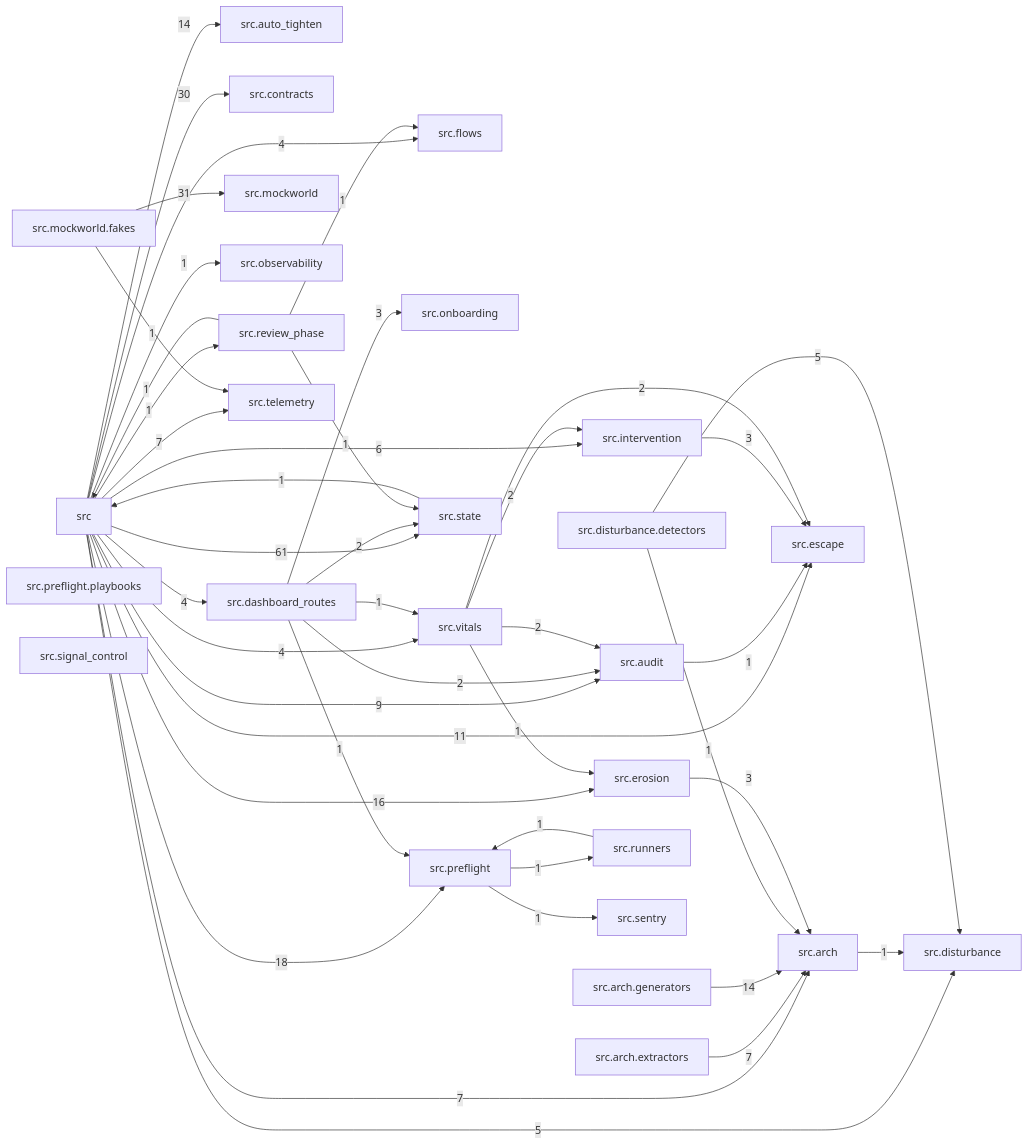
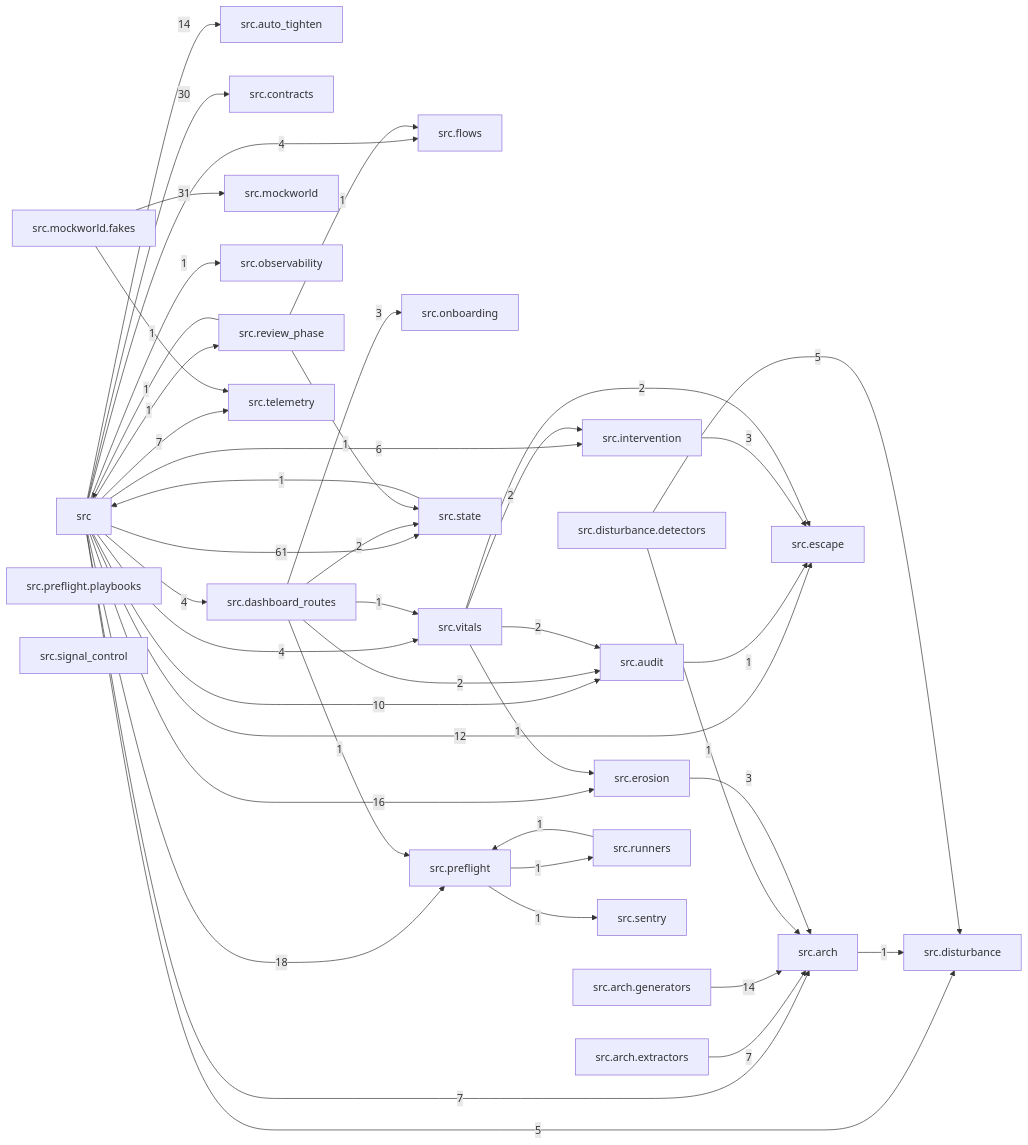
One commit to T-rav/hydraflow changed the diagram in docs/arch/generated/modules.md. Above: the diagram before and after it, drawn with Mermaid. The commit also changed 20 other files, not shown here.

````diff
--- a/docs/arch/generated/modules.md
+++ b/docs/arch/generated/modules.md
@@ -7,72 +7,72 @@
 ```mermaid
 graph LR
     src["src"]
     src_arch["src.arch"]
     src_arch_extractors["src.arch.extractors"]
     src_arch_generators["src.arch.generators"]
     src_audit["src.audit"]
     src_auto_tighten["src.auto_tighten"]
     src_contracts["src.contracts"]
     src_dashboard_routes["src.dashboard_routes"]
     src_disturbance["src.disturbance"]
     src_disturbance_detectors["src.disturbance.detectors"]
     src_erosion["src.erosion"]
     src_escape["src.escape"]
     src_flows["src.flows"]
     src_intervention["src.intervention"]
     src_mockworld["src.mockworld"]
     src_mockworld_fakes["src.mockworld.fakes"]
     src_observability["src.observability"]
     src_onboarding["src.onboarding"]
     src_preflight["src.preflight"]
     src_preflight_playbooks["src.preflight.playbooks"]
     src_review_phase["src.review_phase"]
     src_runners["src.runners"]
     src_sentry["src.sentry"]
     src_signal_control["src.signal_control"]
     src_state["src.state"]
     src_telemetry["src.telemetry"]
     src_vitals["src.vitals"]
     src -- "7" --> src_arch
-    src -- "9" --> src_audit
+    src -- "10" --> src_audit
     src -- "14" --> src_auto_tighten
     src -- "30" --> src_contracts
     src -- "4" --> src_dashboard_routes
     src -- "5" --> src_disturbance
     src -- "16" --> src_erosion
-    src -- "11" --> src_escape
+    src -- "12" --> src_escape
     src -- "4" --> src_flows
     src -- "6" --> src_intervention
     src -- "1" --> src_observability
     src -- "18" --> src_preflight
     src -- "1" --> src_review_phase
     src -- "61" --> src_state
     src -- "7" --> src_telemetry
     src -- "4" --> src_vitals
     src_arch -- "1" --> src_disturbance
     src_arch_extractors -- "7" --> src_arch
     src_arch_generators -- "14" --> src_arch
     src_audit -- "1" --> src_escape
     src_dashboard_routes -- "2" --> src_audit
     src_dashboard_routes -- "3" --> src_onboarding
     src_dashboard_routes -- "1" --> src_preflight
     src_dashboard_routes -- "2" --> src_state
     src_dashboard_routes -- "1" --> src_vitals
     src_disturbance_detectors -- "1" --> src_arch
     src_disturbance_detectors -- "5" --> src_disturbance
     src_erosion -- "3" --> src_arch
     src_intervention -- "3" --> src_escape
     src_mockworld_fakes -- "31" --> src_mockworld
     src_mockworld_fakes -- "1" --> src_telemetry
     src_preflight -- "1" --> src_runners
     src_preflight -- "1" --> src_sentry
     src_review_phase -- "1" --> src
     src_review_phase -- "1" --> src_flows
     src_review_phase -- "1" --> src_state
     src_runners -- "1" --> src_preflight
     src_state -- "1" --> src
     src_vitals -- "2" --> src_audit
     src_vitals -- "1" --> src_erosion
     src_vitals -- "2" --> src_escape
     src_vitals -- "2" --> src_intervention
 ```
````
